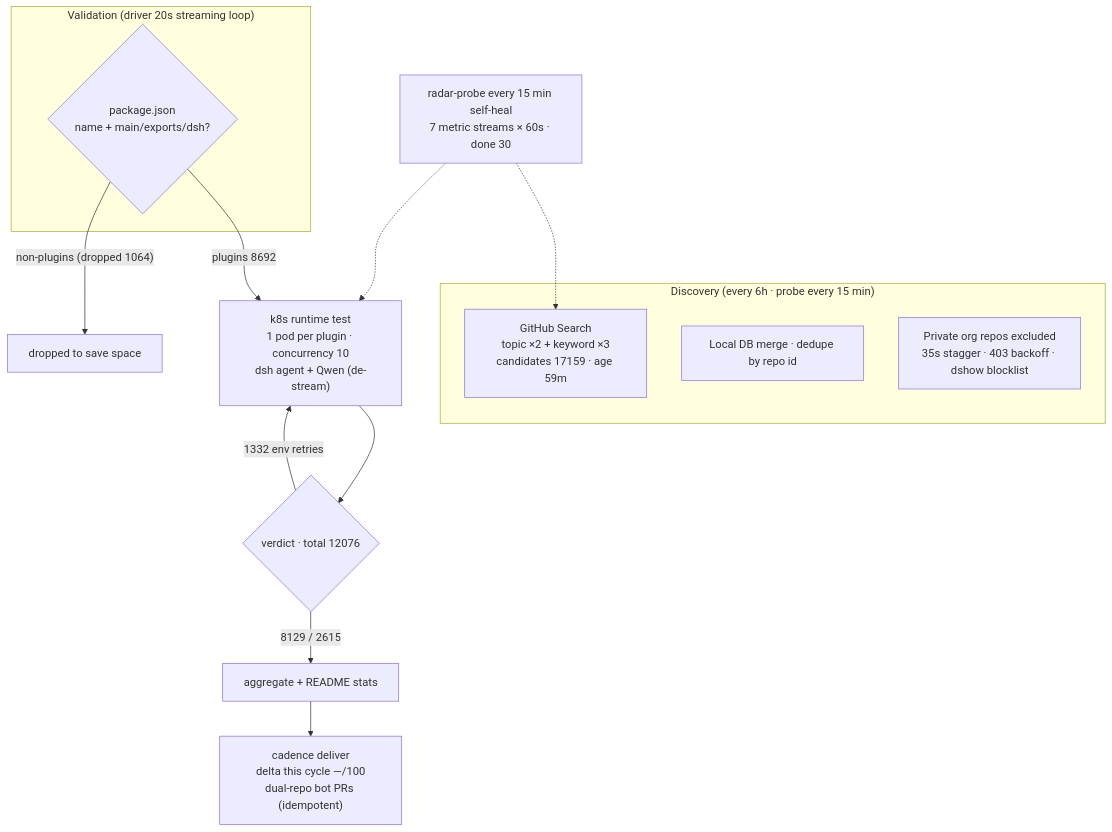
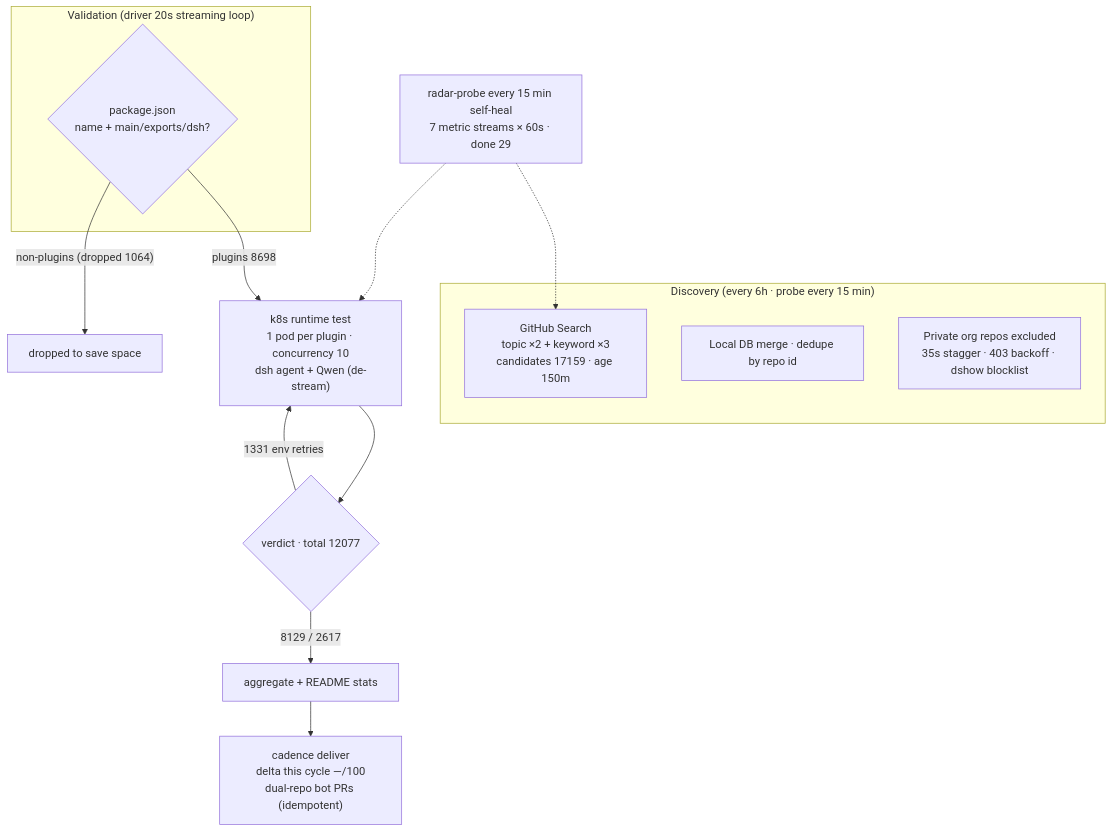
Before and after one commit to AdamPlatin123/awesome-dsh-plugins: the diagram in README.en-US.md, drawn with Mermaid. The commit also changed other lines of this file and 5 other files, not shown here.

````diff
--- a/README.en-US.md
+++ b/README.en-US.md
@@ -45,20 +45,20 @@
 ```mermaid
 flowchart TB
     subgraph Discovery["Discovery (every 6h · probe every 15 min)"]
-        A1["GitHub Search<br/>topic ×2 + keyword ×3<br/>candidates 17159 · age 59m"]
+        A1["GitHub Search<br/>topic ×2 + keyword ×3<br/>candidates 17159 · age 150m"]
         A2["Local DB merge · dedupe by repo id"]
         A3["Private org repos excluded<br/>35s stagger · 403 backoff · dshow blocklist"]
     end
     subgraph Validation["Validation (driver 20s streaming loop)"]
         B1{"package.json<br/>name + main/exports/dsh?"}
     end
-    B1 -->|"plugins 8692"| C1["k8s runtime test<br/>1 pod per plugin · concurrency 10<br/>dsh agent + Qwen (de-stream)"]
+    B1 -->|"plugins 8698"| C1["k8s runtime test<br/>1 pod per plugin · concurrency 10<br/>dsh agent + Qwen (de-stream)"]
     B1 -->|"non-plugins (dropped 1064)"| B3["dropped to save space"]
-    C1 --> D1{"verdict · total 12076"}
-    D1 -->|"8129 / 2615"| E1["aggregate + README stats"]
-    D1 -->|"1332 env retries"| C1
+    C1 --> D1{"verdict · total 12077"}
+    D1 -->|"8129 / 2617"| E1["aggregate + README stats"]
+    D1 -->|"1331 env retries"| C1
     E1 --> E2["cadence deliver<br/>delta this cycle —/100<br/>dual-repo bot PRs (idempotent)"]
-    M["radar-probe every 15 min self-heal<br/>7 metric streams × 60s · done 30"]
+    M["radar-probe every 15 min self-heal<br/>7 metric streams × 60s · done 29"]
     M -.-> A1
     M -.-> C1
 ```
````
